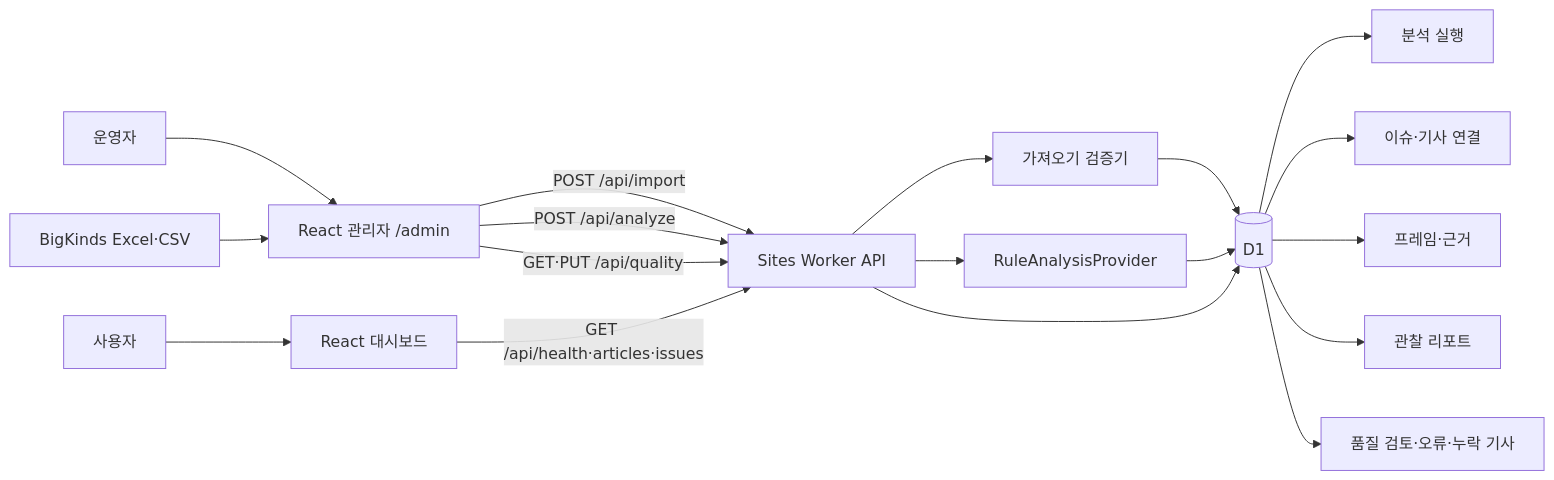
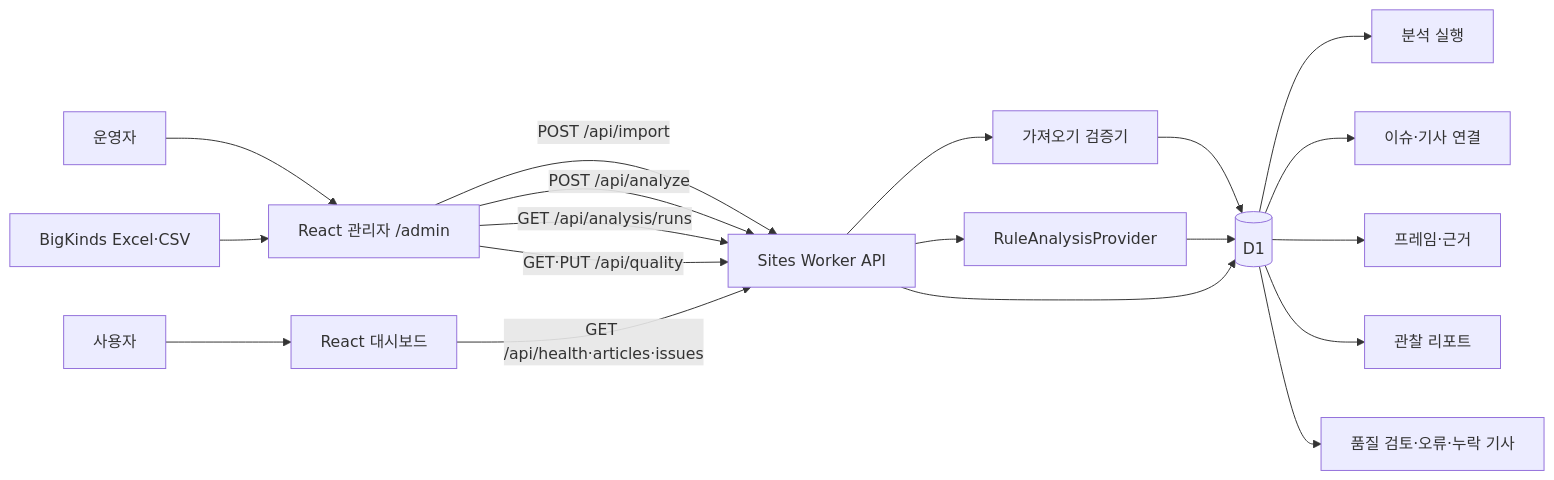
One commit to kjh01072299206-png/AgendaFrame changed the first of 7 diagrams in AgendaFrame_11_UML.md. Above: the diagram before and after it, drawn with Mermaid. The commit also changed other lines of this file and 6 other files, not shown here.

````diff
--- a/AgendaFrame_11_UML.md
+++ b/AgendaFrame_11_UML.md
@@ -92,23 +102,24 @@
 ```mermaid
 flowchart LR
     Admin["운영자"] --> AdminUI["React 관리자 /admin"]
     BigKinds["BigKinds Excel·CSV"] --> AdminUI
     User["사용자"] --> Dashboard["React 대시보드"]
 
     AdminUI -->|"POST /api/import"| Worker["Sites Worker API"]
     AdminUI -->|"POST /api/analyze"| Worker
+    AdminUI -->|"GET /api/analysis/runs"| Worker
     AdminUI -->|"GET·PUT /api/quality"| Worker
     Dashboard -->|"GET /api/health·articles·issues"| Worker
 
     Worker --> Importer["가져오기 검증기"]
     Worker --> Provider["RuleAnalysisProvider"]
     Importer --> D1[("D1")]
     Provider --> D1
     Worker --> D1
 
     D1 --> Runs["분석 실행"]
     D1 --> Issues["이슈·기사 연결"]
     D1 --> Frames["프레임·근거"]
     D1 --> Reports["관찰 리포트"]
     D1 --> Quality["품질 검토·오류·누락 기사"]
 ```
````
